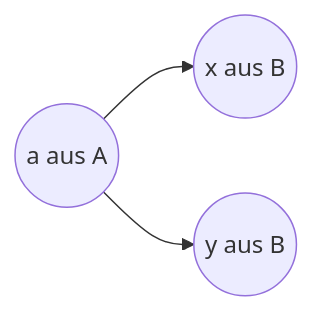
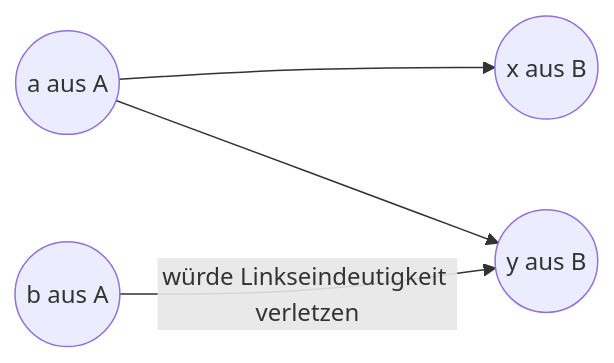
One commit to LeonStoldt/discreteMathematics changed diagram 16 of 16 in README.md. Above: the diagram before and after it, drawn with Mermaid. The commit also changed other lines of this file, not shown here.

````diff
--- a/README.md
+++ b/README.md
@@ -421,8 +421,8 @@
 ``` mermaid
 graph LR
 a((a aus A)) --> x((x aus B))
 a --> y((y aus B))
-
+b((b aus A)) --würde Linkseindeutigkeit verletzen--> y
 
 
 ```
````
